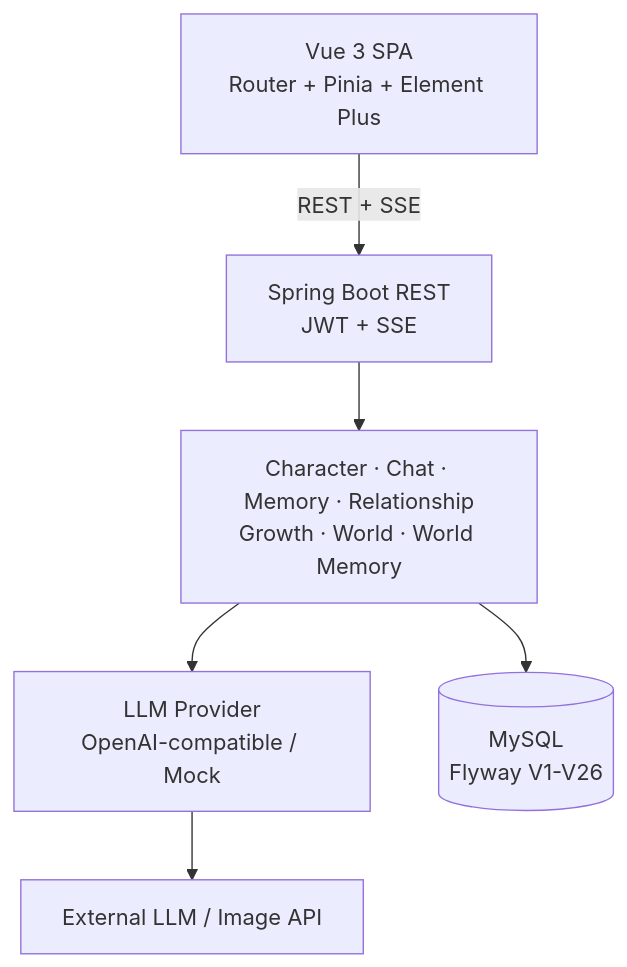
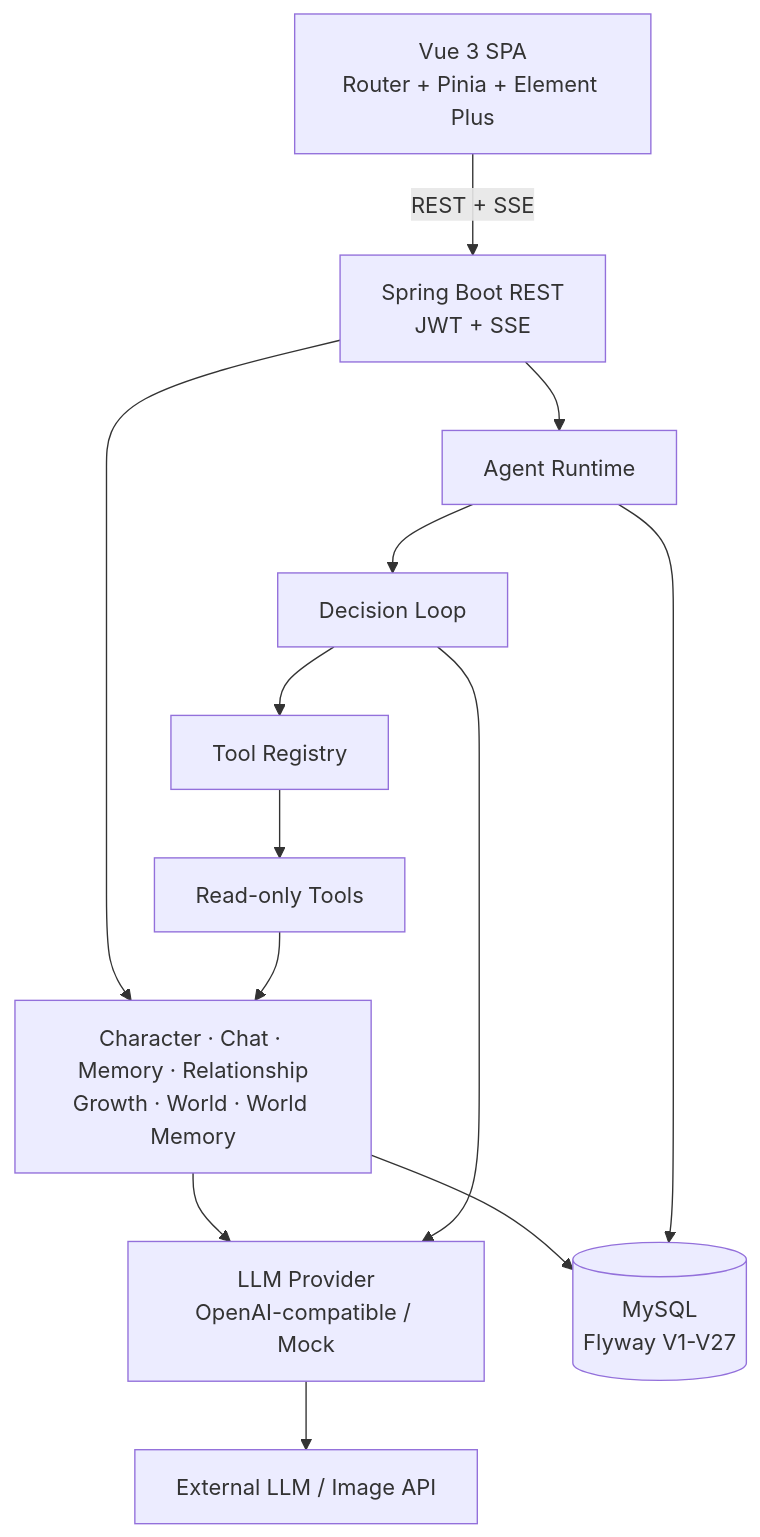
One commit to xingnan-dev/ai-character-world changed the second of 3 diagrams in README.md. Above: the diagram before and after it, drawn with Mermaid. The commit also changed other lines of this file and 1 other file, not shown here.

Commit message:
docs: update agent runtime documentation

````diff
--- a/README.md
+++ b/README.md
@@ -73,12 +100,22 @@
 ```mermaid
 flowchart TB
     UI[Vue 3 SPA<br/>Router + Pinia + Element Plus]
     API[Spring Boot REST<br/>JWT + SSE]
     Domain[Character · Chat · Memory · Relationship<br/>Growth · World · World Memory]
+    Agent[Agent Runtime]
+    Loop[Decision Loop]
+    Registry[Tool Registry]
+    Tools[Read-only Tools]
     LLM[LLM Provider<br/>OpenAI-compatible / Mock]
-    DB[(MySQL<br/>Flyway V1-V26)]
+    DB[(MySQL<br/>Flyway V1-V27)]
     External[External LLM / Image API]
-    UI -->|REST + SSE| API --> Domain
+    UI -->|REST + SSE| API
+    API --> Domain
+    API --> Agent
+    Agent --> Loop --> Registry --> Tools
+    Tools --> Domain
     Domain --> DB
+    Agent --> DB
     Domain --> LLM --> External
+    Loop --> LLM
 ```
````
